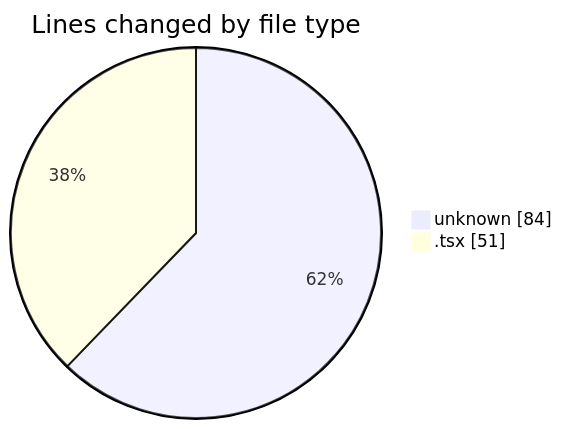
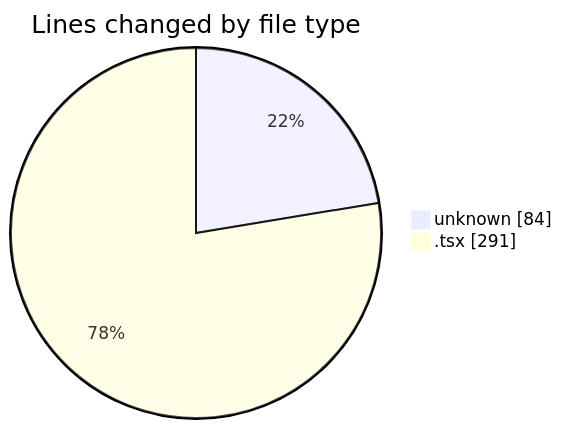
Before and after one commit to Elitesun/code-tracking: the first of 2 diagrams in 2025-05-15/niten/README.md, drawn with Mermaid. The commit also changed other lines of this file and 1 other file, not shown here.

````diff
--- a/2025-05-15/niten/README.md
+++ b/2025-05-15/niten/README.md
@@ -21,6 +22,6 @@
 ```mermaid
 pie showData
 title Lines changed by file type
 "unknown" : 84
-".tsx" : 51
+".tsx" : 291
 ```
````
